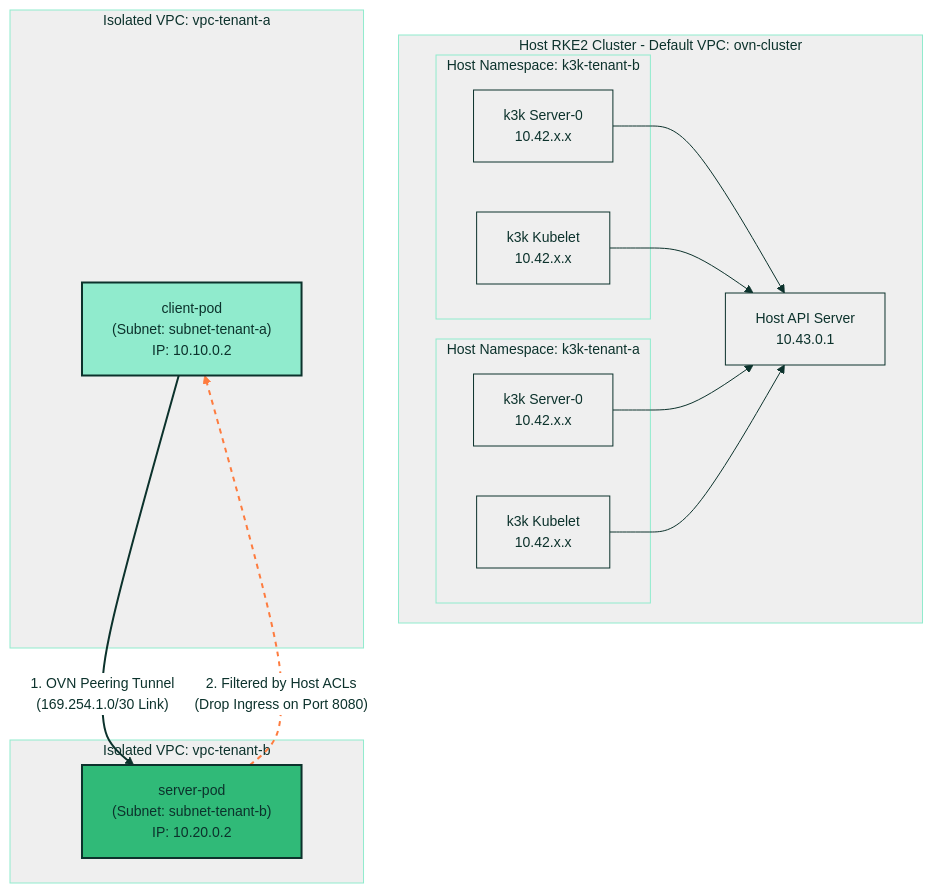
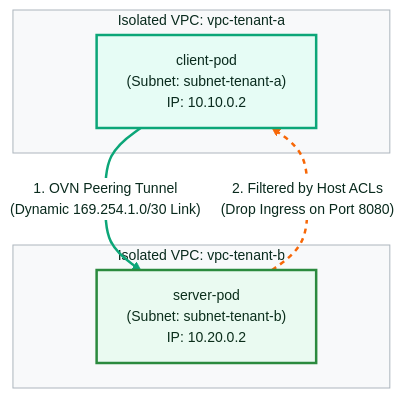
One commit to coulof/k3k-kube-ovn changed the second of 3 diagrams in docs/vpc-peering-networkpolicy-demo.md. Above: the diagram before and after it, drawn with Mermaid. The commit also changed other lines of this file and 4 other files, not shown here.

Commit message:
docs(diagrams): split peering topology, remove grey backgrounds, and update egress layout landscape style

````diff
--- a/docs/vpc-peering-networkpolicy-demo.md
+++ b/docs/vpc-peering-networkpolicy-demo.md
@@ -22,63 +79,41 @@
 ```mermaid
 %%{init: {
   'theme': 'base',
   'themeVariables': {
     'fontFamily': 'SUSE, sans-serif',
     'fontSize': '14px',
-    'primaryColor': '#30ba78',
-    'primaryTextColor': '#0c322c',
-    'primaryBorderColor': '#30ba78',
-    'lineColor': '#0c322c',
-    'secondaryColor': '#0c322c',
-    'tertiaryColor': '#90ebcd',
+    'primaryColor': '#0ca678',
+    'primaryTextColor': '#092a1d',
+    'primaryBorderColor': '#0ca678',
+    'lineColor': '#212529',
+    'secondaryColor': '#1c7ed6',
+    'tertiaryColor': '#e6fcf5',
     'mainBkg': '#ffffff',
-    'nodeBorder': '#0c322c',
-    'clusterBkg': '#efefef',
-    'clusterBorder': '#90ebcd',
-    'titleColor': '#0c322c',
+    'nodeBorder': '#212529',
+    'clusterBkg': '#f8f9fa',
+    'clusterBorder': '#adb5bd',
+    'titleColor': '#092a1d',
     'edgeLabelBackground':'#ffffff'
   }
 } }%%
 graph TD
-    %% Styling
-    classDef default fill:#ffffff,stroke:#0c322c,stroke-width:1px,color:#0c322c;
-    classDef host fill:#efefef,stroke:#0c322c,stroke-width:1px,color:#0c322c;
-    classDef vpcA fill:#90ebcd,stroke:#0c322c,stroke-width:2px,color:#0c322c;
-    classDef vpcB fill:#30ba78,stroke:#0c322c,stroke-width:2px,color:#0c322c;
-    classDef highlight stroke:#fe7c3f,stroke-width:2px;
+    classDef default fill:#ffffff,stroke:#212529,stroke-width:1px,color:#212529;
+    classDef vpcA fill:#e6fcf5,stroke:#0ca678,stroke-width:2.5px,color:#092a1d;
+    classDef vpcB fill:#eafaf1,stroke:#2b8a3e,stroke-width:2.5px,color:#0b2e1b;
+    classDef highlight fill:#fff4e6,stroke:#f76707,stroke-width:2.5px,color:#5c1d00;
 
-    subgraph Host RKE2 Cluster [Host RKE2 Cluster - Default VPC: ovn-cluster]
-        api["Host API Server<br/>10.43.0.1"]:::host
-        
-        subgraph Host Namespace: k3k-tenant-a
-            ctrl-a["k3k Server-0<br/>10.42.x.x"]:::host
-            kl-a["k3k Kubelet<br/>10.42.x.x"]:::host
-        end
-
-        subgraph Host Namespace: k3k-tenant-b
-            ctrl-b["k3k Server-0<br/>10.42.x.x"]:::host
-            kl-b["k3k Kubelet<br/>10.42.x.x"]:::host
-        end
-    end
-
-    subgraph Isolated VPC: vpc-tenant-a
+    subgraph VPCA ["Isolated VPC: vpc-tenant-a"]
         client["client-pod<br/>(Subnet: subnet-tenant-a)<br/>IP: 10.10.0.2"]:::vpcA
     end
 
-    subgraph Isolated VPC: vpc-tenant-b
+    subgraph VPCB ["Isolated VPC: vpc-tenant-b"]
         server["server-pod<br/>(Subnet: subnet-tenant-b)<br/>IP: 10.20.0.2"]:::vpcB
     end
 
-    %% Peering Link
-    client -- "1. OVN Peering Tunnel<br/>(169.254.1.0/30 Link)" --> server
+    %% Peering Link & Security Rule Filtering
+    client -- "1. OVN Peering Tunnel<br/>(Dynamic 169.254.1.0/30 Link)" --> server
     server -. "2. Filtered by Host ACLs<br/>(Drop Ingress on Port 8080)" .-> client
-    
-    %% API Communications
-    ctrl-a --> api
-    ctrl-b --> api
-    kl-a --> api
-    kl-b --> api
 
-    linkStyle 0 stroke:#0c322c,stroke-width:2px;
-    linkStyle 1 stroke:#fe7c3f,stroke-width:2px,stroke-dasharray: 5 5;
+    linkStyle 0 stroke:#0ca678,stroke-width:2.5px;
+    linkStyle 1 stroke:#f76707,stroke-width:2.5px,stroke-dasharray: 5 5;
 ```
````
